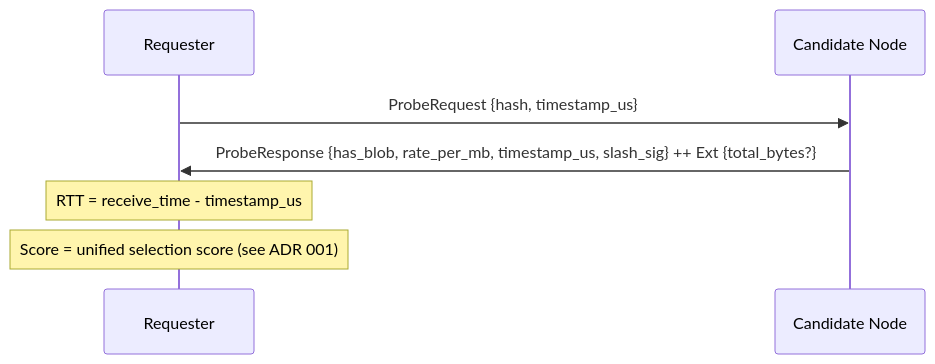
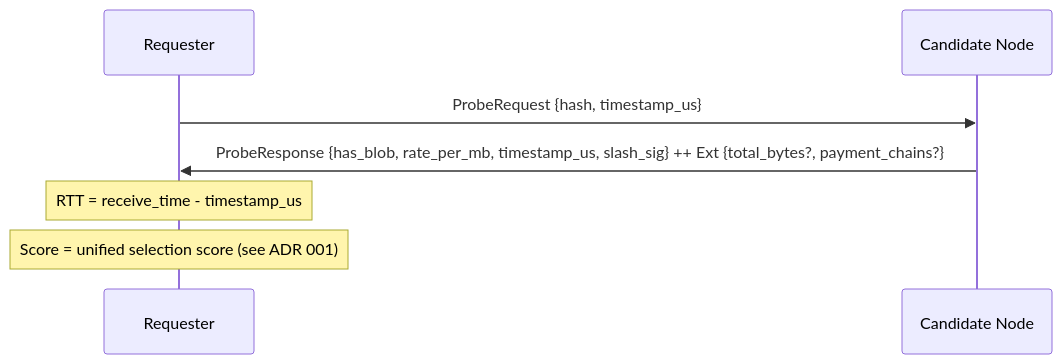
One commit to decdn/decdn changed the first of 3 diagrams in adr/005-protocol.md. Above: the diagram before and after it, drawn with Mermaid. The commit also changed other lines of this file and 25 other files, not shown here.

First line of the commit message:
docs(adr): split governance chain from payment chains

````diff
--- a/adr/005-protocol.md
+++ b/adr/005-protocol.md
@@ -32,11 +32,11 @@
 ```mermaid
 sequenceDiagram
     participant R as Requester
     participant C as Candidate Node
 
     R->>C: ProbeRequest {hash, timestamp_us}
-    C->>R: ProbeResponse {has_blob, rate_per_mb, timestamp_us, slash_sig} ++ Ext {total_bytes?}
+    C->>R: ProbeResponse {has_blob, rate_per_mb, timestamp_us, slash_sig} ++ Ext {total_bytes?, payment_chains?}
 
     Note over R: RTT = receive_time - timestamp_us
     Note over R: Score = unified selection score (see ADR 001)
 ```
````
